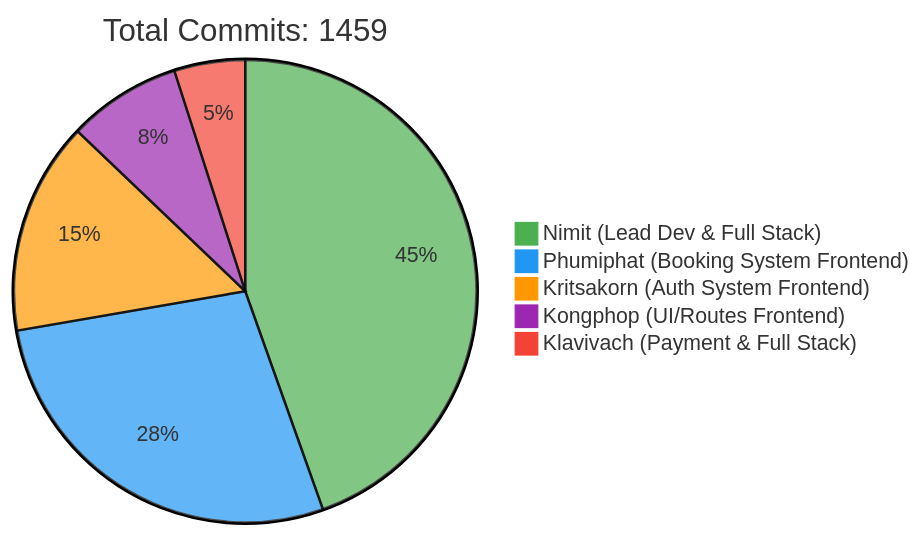
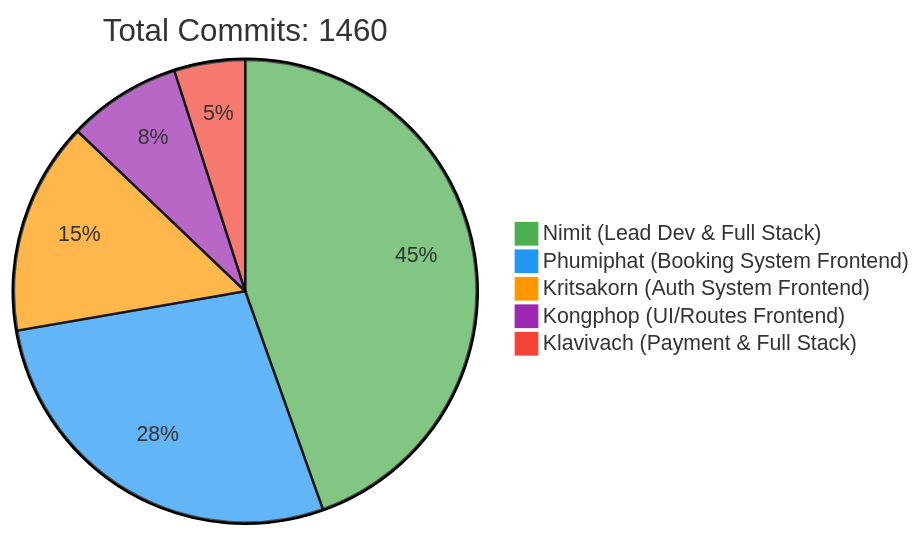
The first of 2 diagrams in README.md (6531503042/Sport-Complex), drawn with Mermaid before and after one commit. The commit also changed other lines of this file, not shown here.

Commit message:
docs: Update contributor statistics [skip ci]

````diff
--- a/README.md
+++ b/README.md
@@ -257,10 +257,10 @@
 ```mermaid
 %%{init: {'theme': 'base', 'themeVariables': { 'pie1': '#4CAF50', 'pie2': '#2196F3', 'pie3': '#FF9800', 'pie4': '#9C27B0', 'pie5': '#F44336'}}}%%
 pie
-    title Total Commits: 1459
+    title Total Commits: 1460
     "Nimit (Lead Dev & Full Stack)" : 450
     "Phumiphat (Booking System Frontend)" : 280
     "Kritsakorn (Auth System Frontend)" : 150
     "Kongphop (UI/Routes Frontend)" : 80
     "Klavivach (Payment & Full Stack)" : 50
 ```
````
